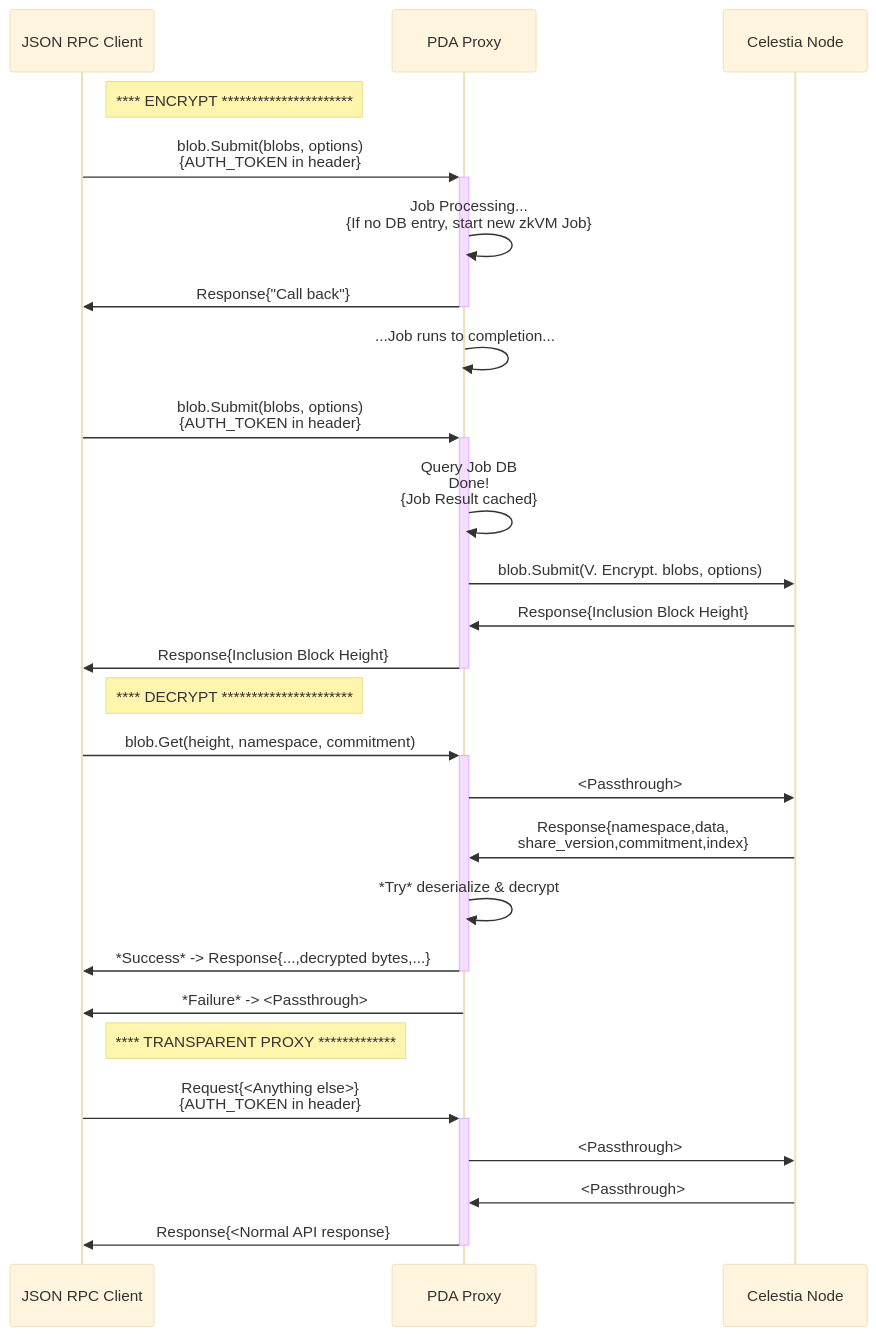
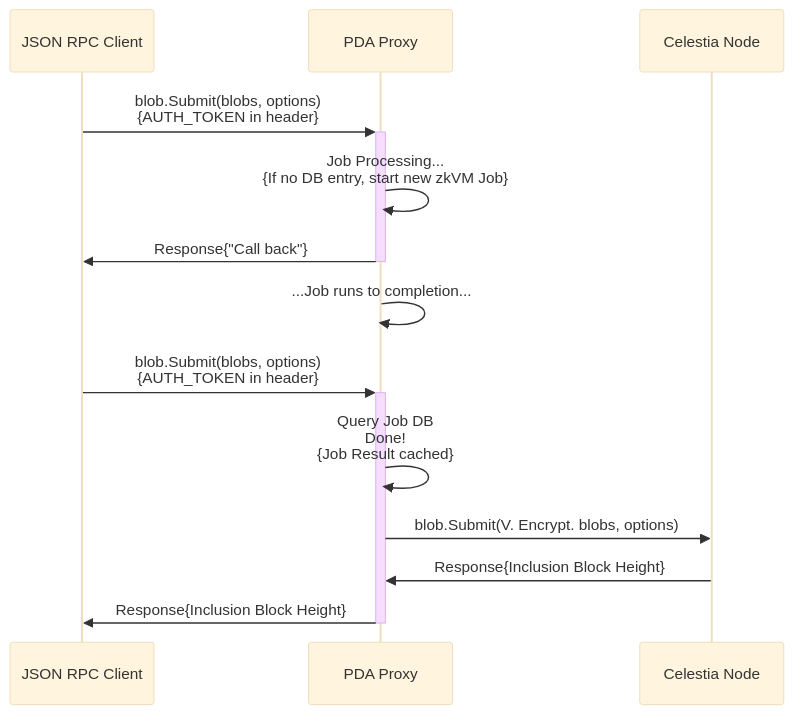
One commit to nuke-web3/pda-proxy changed the first of 3 diagrams in README.md. Above: the diagram before and after it, drawn with Mermaid (base theme). The commit also changed other lines of this file and 1 other file, not shown here.

Commit message:
stock0 diagram

````diff
--- a/README.md
+++ b/README.md
@@ -75,32 +77,15 @@
 ```mermaid
 sequenceDiagram
     participant JSON RPC Client
     participant PDA Proxy
     participant Celestia Node
-    note right of JSON RPC Client: **** ENCRYPT **********************
     JSON RPC Client->>+PDA Proxy: blob.Submit(blobs, options)<br>{AUTH_TOKEN in header}
     PDA Proxy->>PDA Proxy: Job Processing...<br>{If no DB entry, start new zkVM Job}
     PDA Proxy->>-JSON RPC Client: Response{"Call back"}
     PDA Proxy->>PDA Proxy: ...Job runs to completion...
     JSON RPC Client->>+PDA Proxy:  blob.Submit(blobs, options)<br>{AUTH_TOKEN in header}
     PDA Proxy->>PDA Proxy: Query Job DB<br>Done!<br>{Job Result cached}
     PDA Proxy->>Celestia Node: blob.Submit(V. Encrypt. blobs, options)
     Celestia Node->>PDA Proxy: Response{Inclusion Block Height}
     PDA Proxy->>-JSON RPC Client: Response{Inclusion Block Height}
-
-    note right of JSON RPC Client: **** DECRYPT **********************
-
-    JSON RPC Client->>+PDA Proxy: blob.Get(height, namespace, commitment)
-    PDA Proxy->>Celestia Node: <Passthrough>
-    Celestia Node->>PDA Proxy: Response{namespace,data,<br>share_version,commitment,index}
-    PDA Proxy->>PDA Proxy: *Try* deserialize & decrypt
-    PDA Proxy->>-JSON RPC Client: *Success* -> Response{...,decrypted bytes,...}
-    PDA Proxy->>JSON RPC Client: *Failure* -> <Passthrough>
-
-    note right of JSON RPC Client: **** TRANSPARENT PROXY *************
-
-    JSON RPC Client->>+PDA Proxy: Request{<Anything else>}<br>{AUTH_TOKEN in header}
-    PDA Proxy->>Celestia Node: <Passthrough>
-    Celestia Node->>PDA Proxy: <Passthrough>
-    PDA Proxy->>-JSON RPC Client: Response{<Normal API response}
 ```
````
